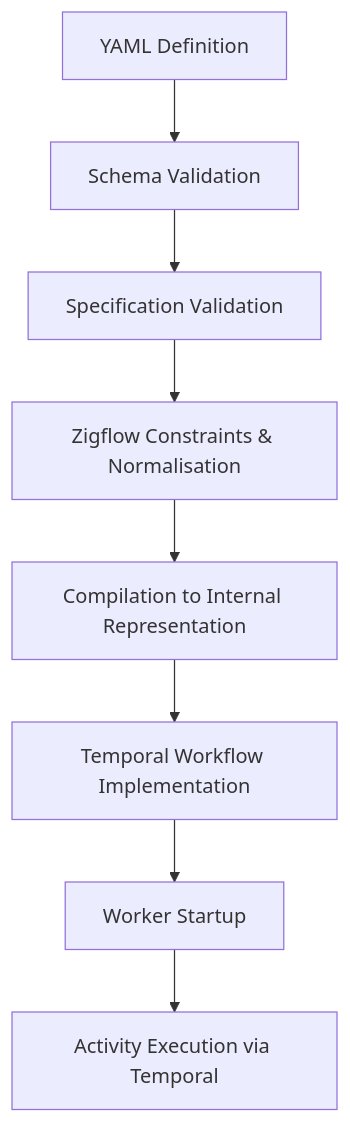
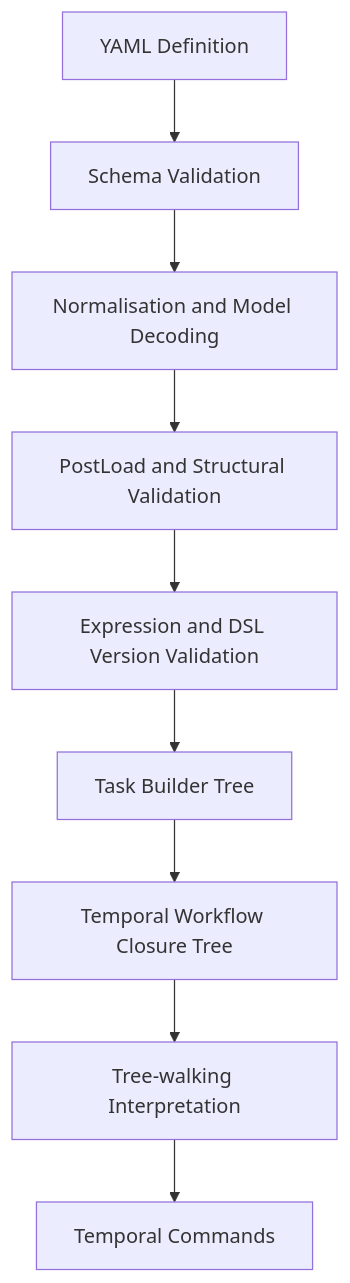
Before and after one commit to droidraja/zigflow: the diagram in docs/docs/architecture.md, drawn with Mermaid. The commit also changed other lines of this file and 17 other files, not shown here.

Commit message:
docs(dynamic): document inline workflow execution

````diff
--- a/docs/docs/architecture.md
+++ b/docs/docs/architecture.md
@@ -16,10 +16,11 @@
 ```mermaid
 flowchart TD
     A[YAML Definition] --> B[Schema Validation]
-    B --> C[Specification Validation]
-    C --> D[Zigflow Constraints & Normalisation]
-    D --> E[Compilation to Internal Representation]
-    E --> F[Temporal Workflow Implementation]
-    F --> G[Worker Startup]
-    G --> H[Activity Execution via Temporal]
+    B --> C[Normalisation and Model Decoding]
+    C --> D[PostLoad and Structural Validation]
+    D --> E[Expression and DSL Version Validation]
+    E --> F[Task Builder Tree]
+    F --> G[Temporal Workflow Closure Tree]
+    G --> H[Tree-walking Interpretation]
+    H --> I[Temporal Commands]
 ```
````
